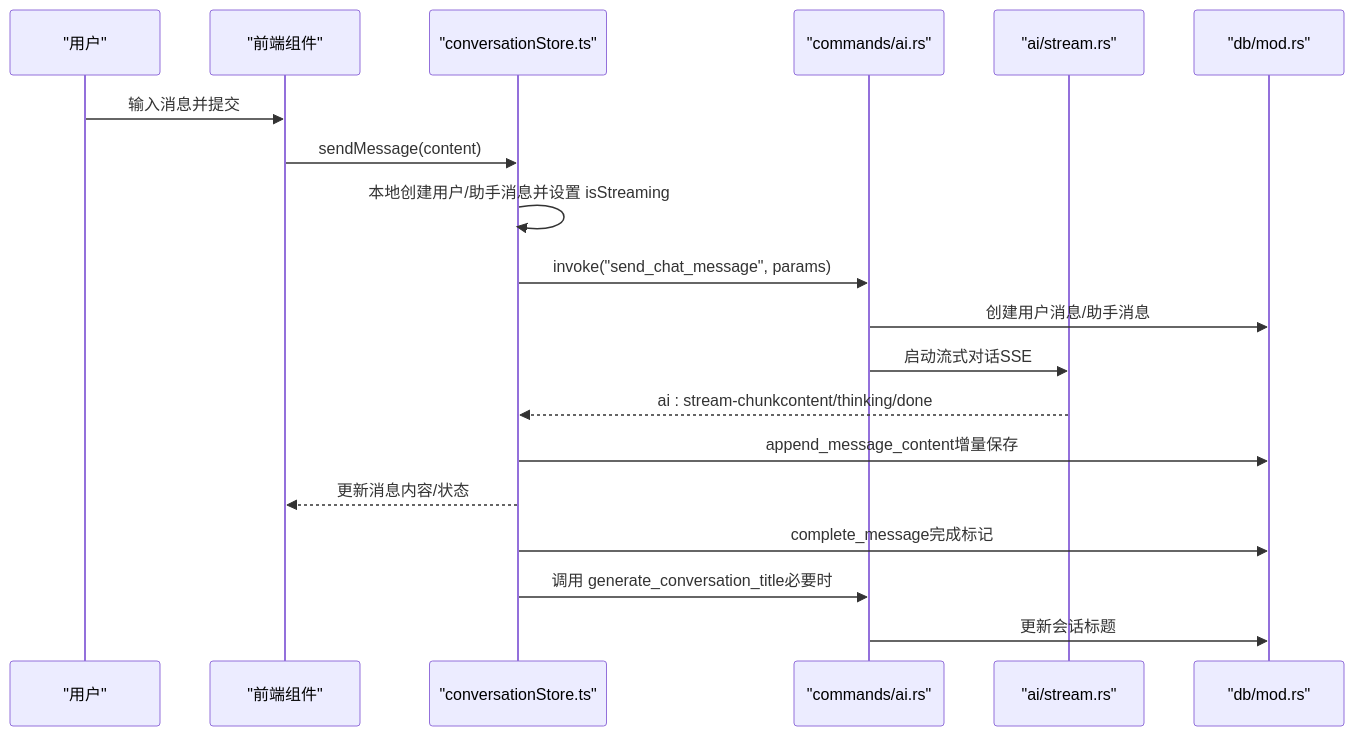
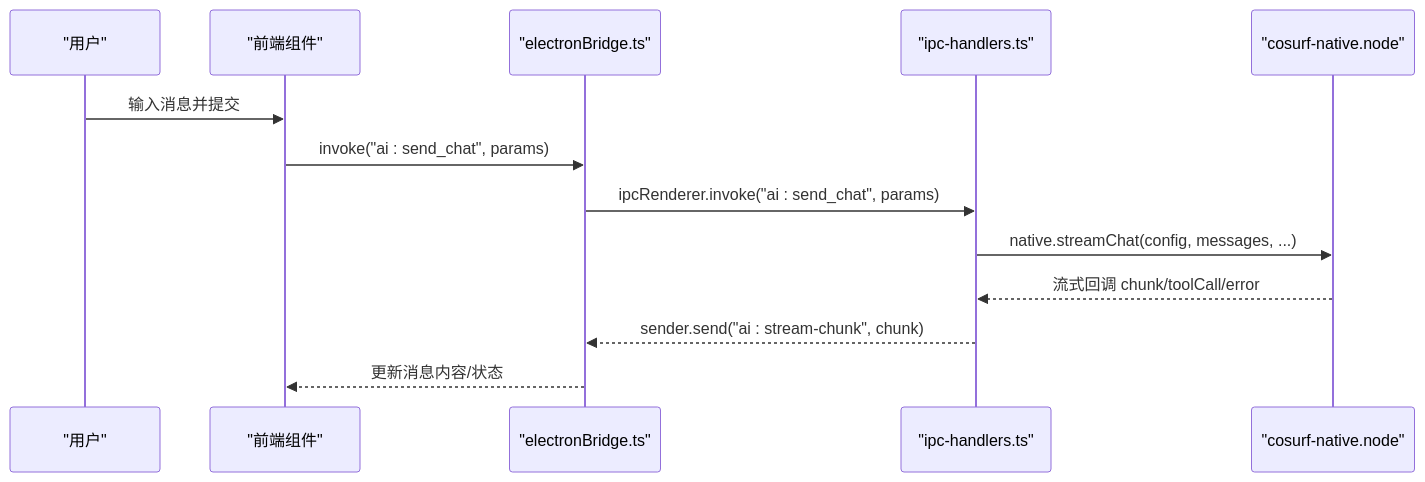
One commit to baike08/cosurf changed the third of 6 diagrams in .qoder/repowiki/zh/content/架构设计/架构设计.md. Above: the diagram before and after it, drawn with Mermaid. The commit also changed other lines of this file and 15 other files, not shown here.

````diff
--- a/.qoder/repowiki/zh/content/架构设计/架构设计.md
+++ b/.qoder/repowiki/zh/content/架构设计/架构设计.md
@@ -155,21 +165,15 @@
 ```mermaid
 sequenceDiagram
 participant U as "用户"
 participant UI as "前端组件"
-participant Store as "conversationStore.ts"
-participant Tauri as "commands/ai.rs"
-participant Stream as "ai/stream.rs"
-participant DB as "db/mod.rs"
+participant Bridge as "electronBridge.ts"
+participant IPC as "ipc-handlers.ts"
+participant Native as "cosurf-native.node"
 U->>UI : 输入消息并提交
-UI->>Store : sendMessage(content)
-Store->>Store : 本地创建用户/助手消息并设置 isStreaming
-Store->>Tauri : invoke("send_chat_message", params)
-Tauri->>DB : 创建用户消息/助手消息
-Tauri->>Stream : 启动流式对话SSE
-Stream-->>Store : ai : stream-chunkcontent/thinking/done
-Store->>DB : append_message_content增量保存
-Store-->>UI : 更新消息内容/状态
-Store->>DB : complete_message完成标记
-Store->>Tauri : 调用 generate_conversation_title必要时
-Tauri->>DB : 更新会话标题
+UI->>Bridge : invoke("ai : send_chat", params)
+Bridge->>IPC : ipcRenderer.invoke("ai : send_chat", params)
+IPC->>Native : native.streamChat(config, messages, ...)
+Native-->>IPC : 流式回调 chunk/toolCall/error
+IPC-->>Bridge : sender.send("ai : stream-chunk", chunk)
+Bridge-->>UI : 更新消息内容/状态
 ```
````
